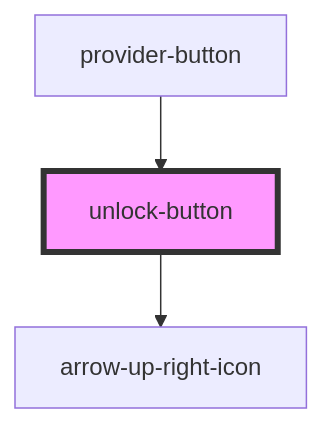
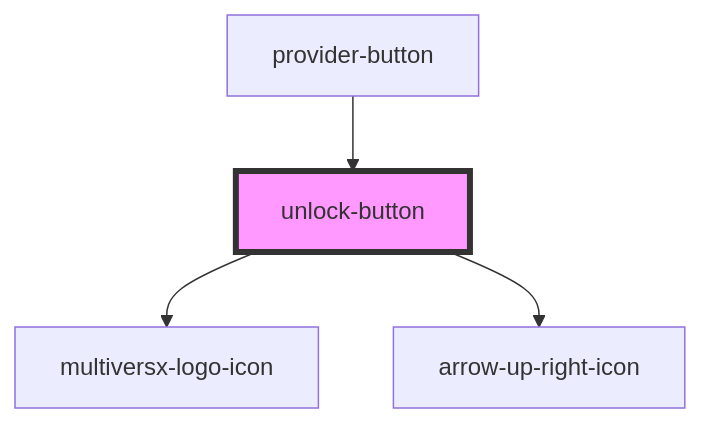
One commit to multiversx/mx-sdk-dapp-ui changed the diagram in src/common/unlock-button/readme.md. Above: the diagram before and after it, drawn with Mermaid. The commit also changed other lines of this file and 22 other files, not shown here.

````diff
--- a/src/common/unlock-button/readme.md
+++ b/src/common/unlock-button/readme.md
@@ -28,6 +36,7 @@
 ```mermaid
 graph TD;
+  unlock-button --> multiversx-logo-icon
   unlock-button --> arrow-up-right-icon
   provider-button --> unlock-button
   style unlock-button fill:#f9f,stroke:#333,stroke-width:4px
 ```
````
